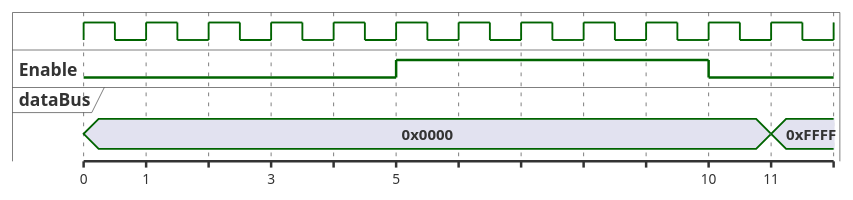
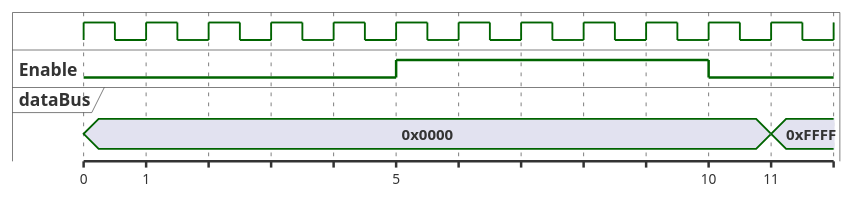
One commit to studykit/studykit-marketplace changed the fifth of 13 diagrams in plugins/plantuml/skills/timing-diagram/SKILL.md. Above: the diagram before and after it, drawn with PlantUML. The commit also changed other lines of this file and 9 other files, not shown here.

First line of the commit message:
refactor: trim PlantUML skill SKILL.md files and extract advanced references

````diff
--- a/plugins/plantuml/skills/timing-diagram/SKILL.md
+++ b/plugins/plantuml/skills/timing-diagram/SKILL.md
@@ -169,26 +108,24 @@
 ```plantuml
 @startuml
 clock clk with period 1
 binary "Enable" as EN
 concise "dataBus" as db
 
 @0 as :start
 @5 as :en_high
 @10 as :en_low
-
-@:en_high-2 as :en_highMinus2
 
 @:start
 EN is low
 db is "0x0000"
 
 @:en_high
 EN is high
 
 @:en_high+6
 db is "0xFFFF"
 
 @:en_low
 EN is low
 @enduml
 ```
````
